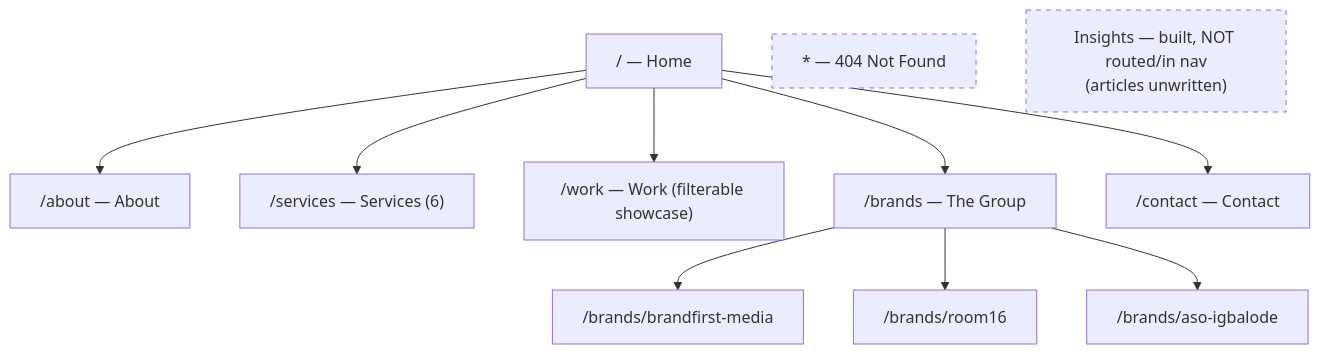
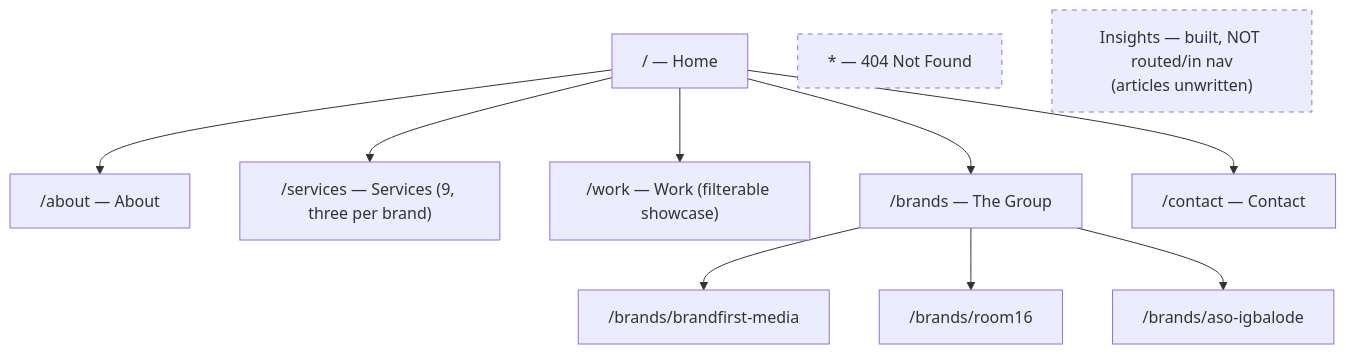
One commit to tallZacchaeus/brandfirst-media changed the first of 3 diagrams in docs/03-App-Flow.md. Above: the diagram before and after it, drawn with Mermaid. The commit also changed other lines of this file and 43 other files, not shown here.

````diff
--- a/docs/03-App-Flow.md
+++ b/docs/03-App-Flow.md
@@ -12,26 +12,26 @@
 ```mermaid
 graph TD
     HOME["/ — Home"]
     ABOUT["/about — About"]
-    SERVICES["/services — Services (6)"]
+    SERVICES["/services — Services (9, three per brand)"]
     WORK["/work — Work (filterable showcase)"]
     BRANDS["/brands — The Group"]
     BFM["/brands/brandfirst-media"]
     R16["/brands/room16"]
     ASO["/brands/aso-igbalode"]
     CONTACT["/contact — Contact"]
     NF["* — 404 Not Found"]
     INS["Insights — built, NOT routed/in nav<br/>(articles unwritten)"]
 
     HOME --> ABOUT
     HOME --> SERVICES
     HOME --> WORK
     HOME --> BRANDS
     HOME --> CONTACT
     BRANDS --> BFM
     BRANDS --> R16
     BRANDS --> ASO
 
     style INS stroke-dasharray: 5 5
     style NF stroke-dasharray: 5 5
 ```
````
